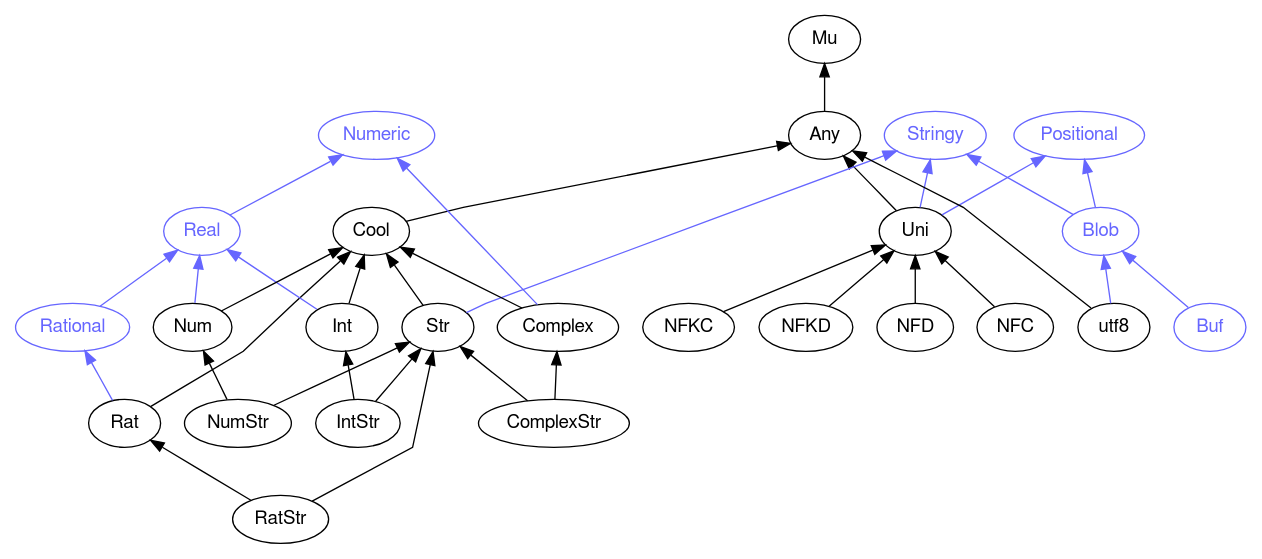
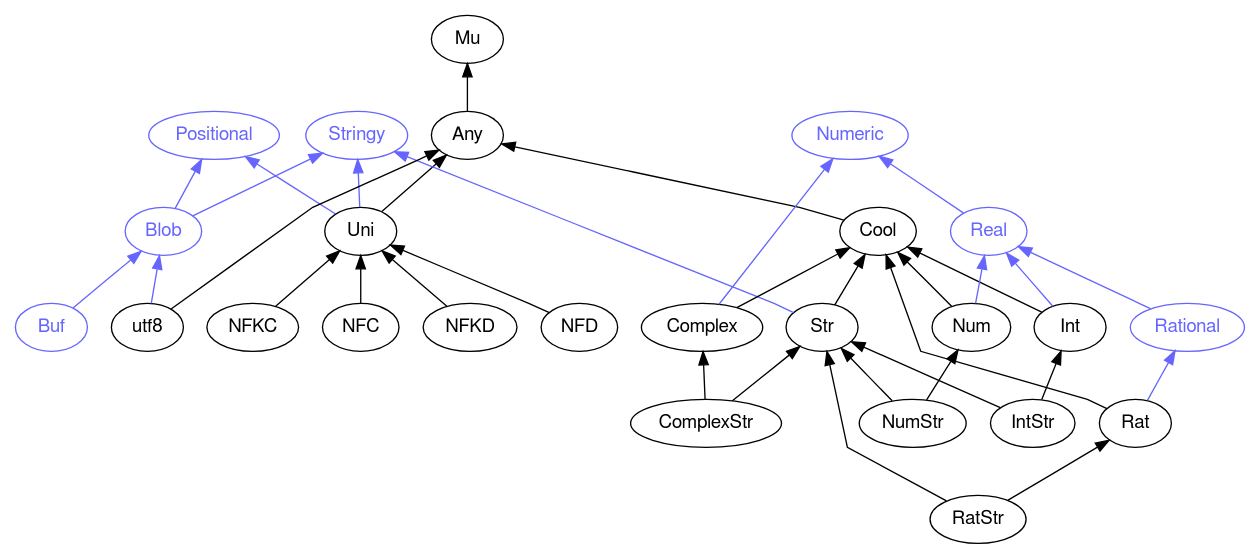
One commit to perl6docs/perl6docs.github.io changed the diagram in images/type-graph-Stringy.svg.dot. Above: the diagram before and after it, drawn with Graphviz. The commit also changed other lines of this file and 4402 other files, not shown here.

```diff
--- a/images/type-graph-Stringy.svg.dot
+++ b/images/type-graph-Stringy.svg.dot
@@ -1,69 +1,69 @@
 digraph "perl6-type-graph" {
     rankdir=BT;
     splines=polyline;
     overlap=false; 
     // Types
     "Stringy" [color="#6666FF", fontcolor="#6666FF", href="/type/Stringy", fontname="FreeSans"];
-    "Positional" [color="#6666FF", fontcolor="#6666FF", href="/type/Positional", fontname="FreeSans"];
-    "Blob" [color="#6666FF", fontcolor="#6666FF", href="/type/Blob", fontname="FreeSans"];
     "Mu" [color="#000000", fontcolor="#000000", href="/type/Mu", fontname="FreeSans"];
     "Any" [color="#000000", fontcolor="#000000", href="/type/Any", fontname="FreeSans"];
+    "Positional" [color="#6666FF", fontcolor="#6666FF", href="/type/Positional", fontname="FreeSans"];
     "Uni" [color="#000000", fontcolor="#000000", href="/type/Uni", fontname="FreeSans"];
+    "Blob" [color="#6666FF", fontcolor="#6666FF", href="/type/Blob", fontname="FreeSans"];
     "Cool" [color="#000000", fontcolor="#000000", href="/type/Cool", fontname="FreeSans"];
     "Str" [color="#000000", fontcolor="#000000", href="/type/Str", fontname="FreeSans"];
+    "NFKC" [color="#000000", fontcolor="#000000", href="/type/NFKC", fontname="FreeSans"];
+    "NFC" [color="#000000", fontcolor="#000000", href="/type/NFC", fontname="FreeSans"];
     "NFKD" [color="#000000", fontcolor="#000000", href="/type/NFKD", fontname="FreeSans"];
     "NFD" [color="#000000", fontcolor="#000000", href="/type/NFD", fontname="FreeSans"];
-    "NFC" [color="#000000", fontcolor="#000000", href="/type/NFC", fontname="FreeSans"];
-    "NFKC" [color="#000000", fontcolor="#000000", href="/type/NFKC", fontname="FreeSans"];
     "Numeric" [color="#6666FF", fontcolor="#6666FF", href="/type/Numeric", fontname="FreeSans"];
+    "Real" [color="#6666FF", fontcolor="#6666FF", href="/type/Real", fontname="FreeSans"];
+    "Int" [color="#000000", fontcolor="#000000", href="/type/Int", fontname="FreeSans"];
+    "IntStr" [color="#000000", fontcolor="#000000", href="/type/IntStr", fontname="FreeSans"];
     "Complex" [color="#000000", fontcolor="#000000", href="/type/Complex", fontname="FreeSans"];
     "ComplexStr" [color="#000000", fontcolor="#000000", href="/type/ComplexStr", fontname="FreeSans"];
-    "Real" [color="#6666FF", fontcolor="#6666FF", href="/type/Real", fontname="FreeSans"];
+    "Num" [color="#000000", fontcolor="#000000", href="/type/Num", fontname="FreeSans"];
+    "NumStr" [color="#000000", fontcolor="#000000", href="/type/NumStr", fontname="FreeSans"];
     "Rational" [color="#6666FF", fontcolor="#6666FF", href="/type/Rational", fontname="FreeSans"];
     "Rat" [color="#000000", fontcolor="#000000", href="/type/Rat", fontname="FreeSans"];
     "RatStr" [color="#000000", fontcolor="#000000", href="/type/RatStr", fontname="FreeSans"];
-    "Int" [color="#000000", fontcolor="#000000", href="/type/Int", fontname="FreeSans"];
-    "IntStr" [color="#000000", fontcolor="#000000", href="/type/IntStr", fontname="FreeSans"];
-    "Num" [color="#000000", fontcolor="#000000", href="/type/Num", fontname="FreeSans"];
-    "NumStr" [color="#000000", fontcolor="#000000", href="/type/NumStr", fontname="FreeSans"];
+    "Buf" [color="#6666FF", fontcolor="#6666FF", href="/type/Buf", fontname="FreeSans"];
     "utf8" [color="#000000", fontcolor="#000000", href="/type/utf8", fontname="FreeSans"];
-    "Buf" [color="#6666FF", fontcolor="#6666FF", href="/type/Buf", fontname="FreeSans"];
 
     // Superclasses
     "Any" -> "Mu" [color="#000000"];
     "Uni" -> "Any" [color="#000000"];
     "Cool" -> "Any" [color="#000000"];
     "Str" -> "Cool" [color="#000000"];
+    "NFKC" -> "Uni" [color="#000000"];
+    "NFC" -> "Uni" [color="#000000"];
     "NFKD" -> "Uni" [color="#000000"];
     "NFD" -> "Uni" [color="#000000"];
-    "NFC" -> "Uni" [color="#000000"];
-    "NFKC" -> "Uni" [color="#000000"];
+    "Int" -> "Cool" [color="#000000"];
+    "IntStr" -> "Int" [color="#000000"];
+    "IntStr" -> "Str" [color="#000000"];
     "Complex" -> "Cool" [color="#000000"];
     "ComplexStr" -> "Complex" [color="#000000"];
     "ComplexStr" -> "Str" [color="#000000"];
+    "Num" -> "Cool" [color="#000000"];
+    "NumStr" -> "Num" [color="#000000"];
+    "NumStr" -> "Str" [color="#000000"];
     "Rat" -> "Cool" [color="#000000"];
     "RatStr" -> "Rat" [color="#000000"];
     "RatStr" -> "Str" [color="#000000"];
-    "Int" -> "Cool" [color="#000000"];
-    "IntStr" -> "Int" [color="#000000"];
-    "IntStr" -> "Str" [color="#000000"];
-    "Num" -> "Cool" [color="#000000"];
-    "NumStr" -> "Num" [color="#000000"];
-    "NumStr" -> "Str" [color="#000000"];
     "utf8" -> "Any" [color="#000000"];
 
     // Roles
+    "Uni" -> "Positional" [color="#6666FF"];
+    "Uni" -> "Stringy" [color="#6666FF"];
     "Blob" -> "Positional" [color="#6666FF"];
     "Blob" -> "Stringy" [color="#6666FF"];
-    "Uni" -> "Positional" [color="#6666FF"];
-    "Uni" -> "Stringy" [color="#6666FF"];
     "Str" -> "Stringy" [color="#6666FF"];
+    "Real" -> "Numeric" [color="#6666FF"];
+    "Int" -> "Real" [color="#6666FF"];
     "Complex" -> "Numeric" [color="#6666FF"];
-    "Real" -> "Numeric" [color="#6666FF"];
+    "Num" -> "Real" [color="#6666FF"];
     "Rational" -> "Real" [color="#6666FF"];
     "Rat" -> "Rational" [color="#6666FF"];
-    "Int" -> "Real" [color="#6666FF"];
-    "Num" -> "Real" [color="#6666FF"];
+    "Buf" -> "Blob" [color="#6666FF"];
     "utf8" -> "Blob" [color="#6666FF"];
-    "Buf" -> "Blob" [color="#6666FF"];
 }
```
